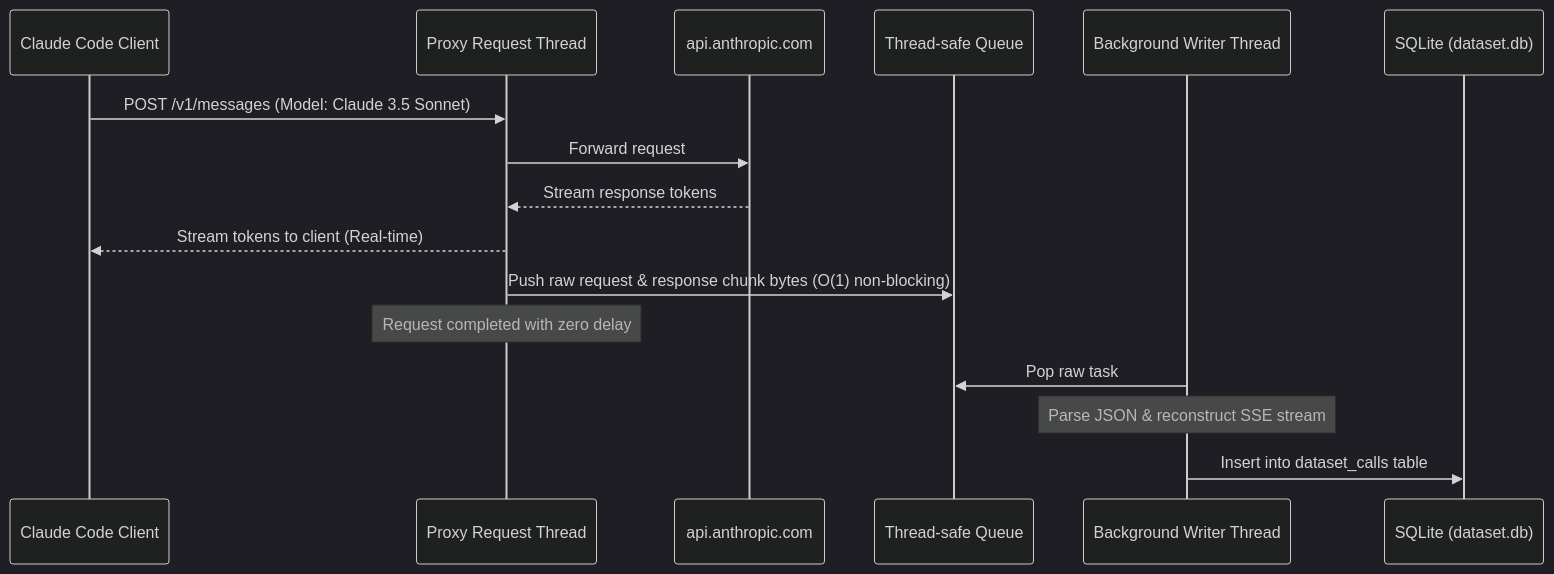
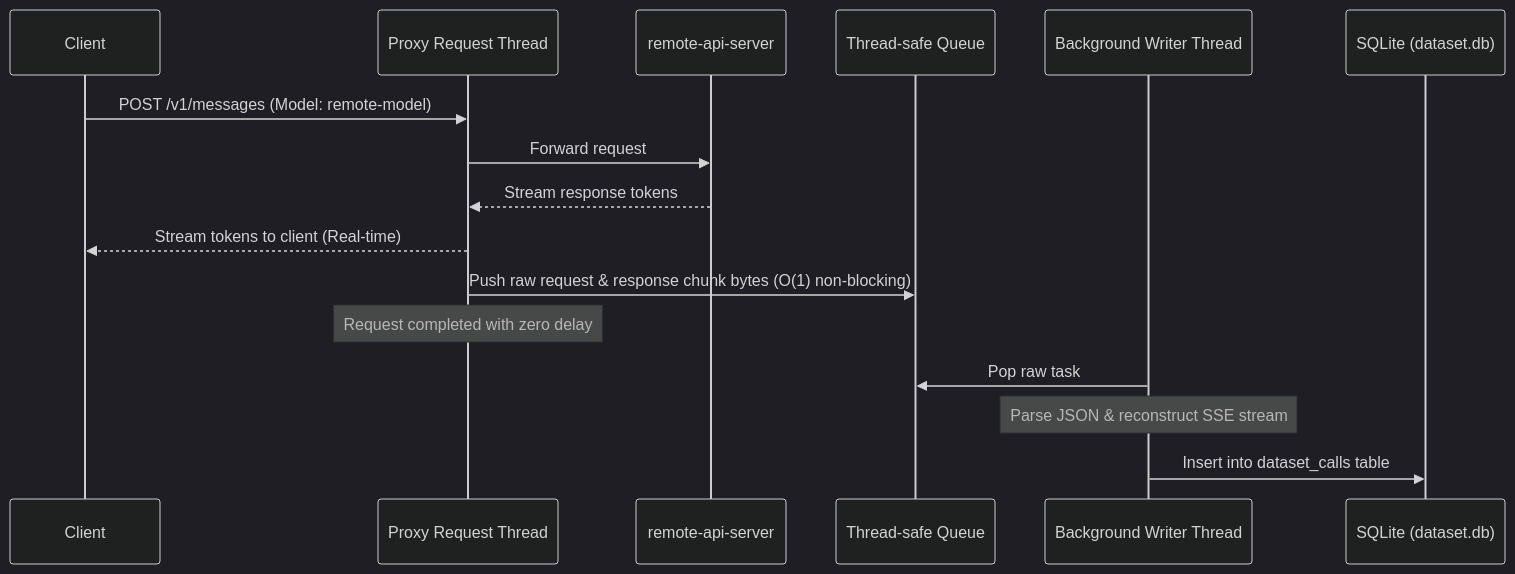
One commit to highercomve/highllama changed the diagram in dataset_logging.md. Above: the diagram before and after it, drawn with Mermaid (dark theme). The commit also changed other lines of this file and 3 other files, not shown here.

````diff
--- a/dataset_logging.md
+++ b/dataset_logging.md
@@ -10,19 +10,19 @@
 ```mermaid
 sequenceDiagram
-    participant Client as Claude Code Client
+    participant Client as Client
     participant Proxy as Proxy Request Thread
-    participant Upstream as api.anthropic.com
+    participant Upstream as remote-api-server
     participant Queue as Thread-safe Queue
     participant Worker as Background Writer Thread
     participant DB as SQLite (dataset.db)
 
-    Client->>Proxy: POST /v1/messages (Model: Claude 3.5 Sonnet)
+    Client->>Proxy: POST /v1/messages (Model: remote-model)
     Proxy->>Upstream: Forward request
     Upstream-->>Proxy: Stream response tokens
     Proxy-->>Client: Stream tokens to client (Real-time)
     Proxy->>Queue: Push raw request & response chunk bytes (O(1) non-blocking)
     Note over Proxy: Request completed with zero delay
     Worker->>Queue: Pop raw task
     Note over Worker: Parse JSON & reconstruct SSE stream
     Worker->>DB: Insert into dataset_calls table
 ```
````
